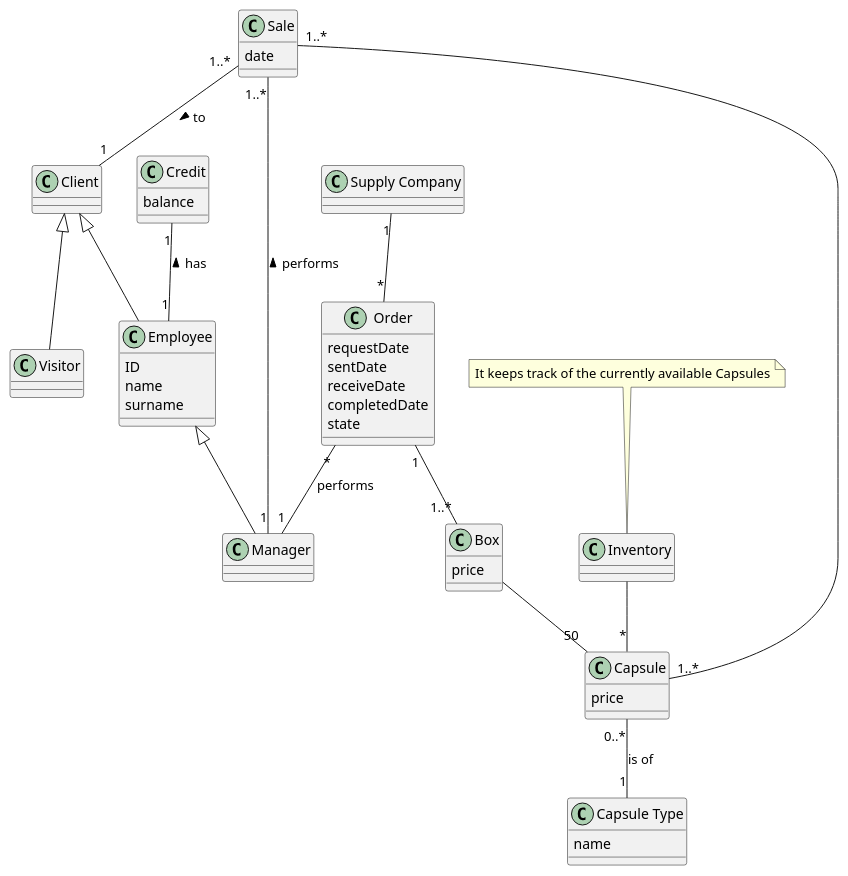
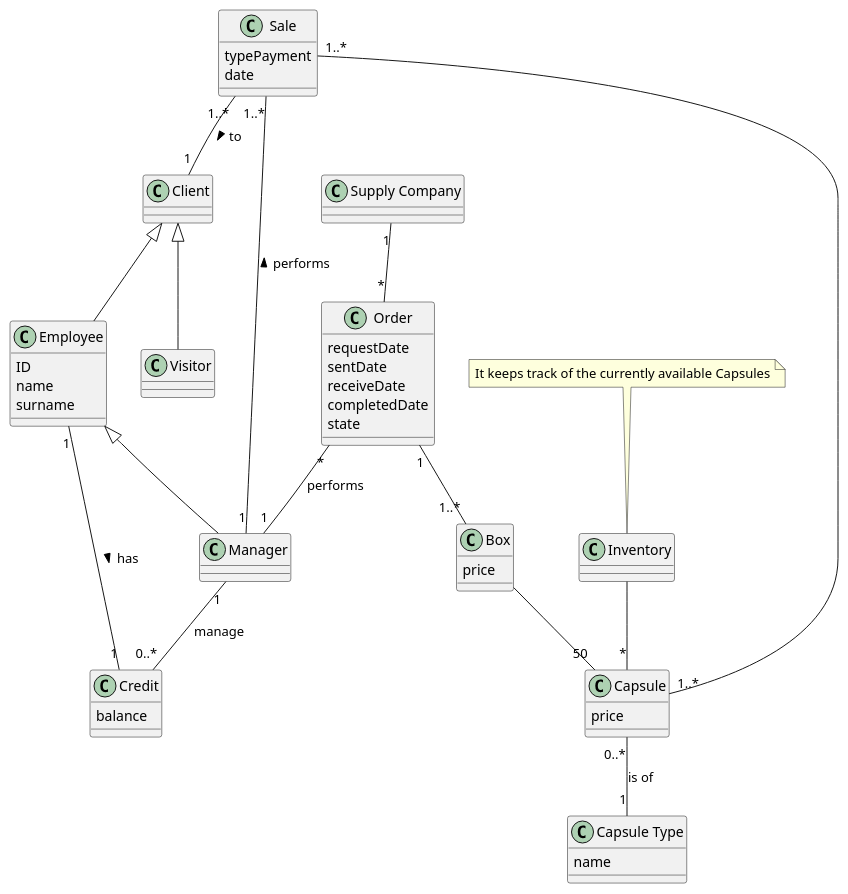
Before and after one commit to roypaulin/laTazza: the third of 4 diagrams in Project/Requirements/RequirementDocument.md, drawn with PlantUML. The commit also changed other lines of this file, not shown here.

````diff
--- a/Project/Requirements/RequirementDocument.md
+++ b/Project/Requirements/RequirementDocument.md
@@ -341,71 +338,74 @@
 ```plantuml
 class Visitor{
 }
 
 class Employee{
 ID
 name
 surname
 }
 
 class Client{
 }
 
 class "Supply Company"{
 }
 
 class Manager{
 }
 
 class Credit{
 balance
 }
 class Capsule{
 price
 }
 
 class "Capsule Type"{
 name
 }
 class Box {
 price
 }
 
 
 class Inventory{
 }
 
 class Sale{
+typePayment
 date
 }
 
 class Order{
 requestDate
 sentDate
 receiveDate
 completedDate
 state
 }
 
 Order "*" -- "1" Manager: performs
 Order "1" -- "1..*" Box
 "Supply Company" "1" -- "*" Order
 
 Sale "1..*" -- "1" Manager: performs <
 Sale "1..*" -- "1" Client: to >
 Sale "1..*" -- "1..*" Capsule
 
 Credit "1" -- "1" Employee: has <
 Box -- “50” Capsule
 Inventory -- "*" Capsule
 
 Client <|-- Employee
 Client <|-- Visitor
 
 Employee <|-- Manager
 
+Manager "1" -- "0..*" Credit: manage
+
 Capsule "0..*" -- "1" "Capsule Type": is of
 
 note top of Inventory: It keeps track of the currently available Capsules
 
 ```
````
